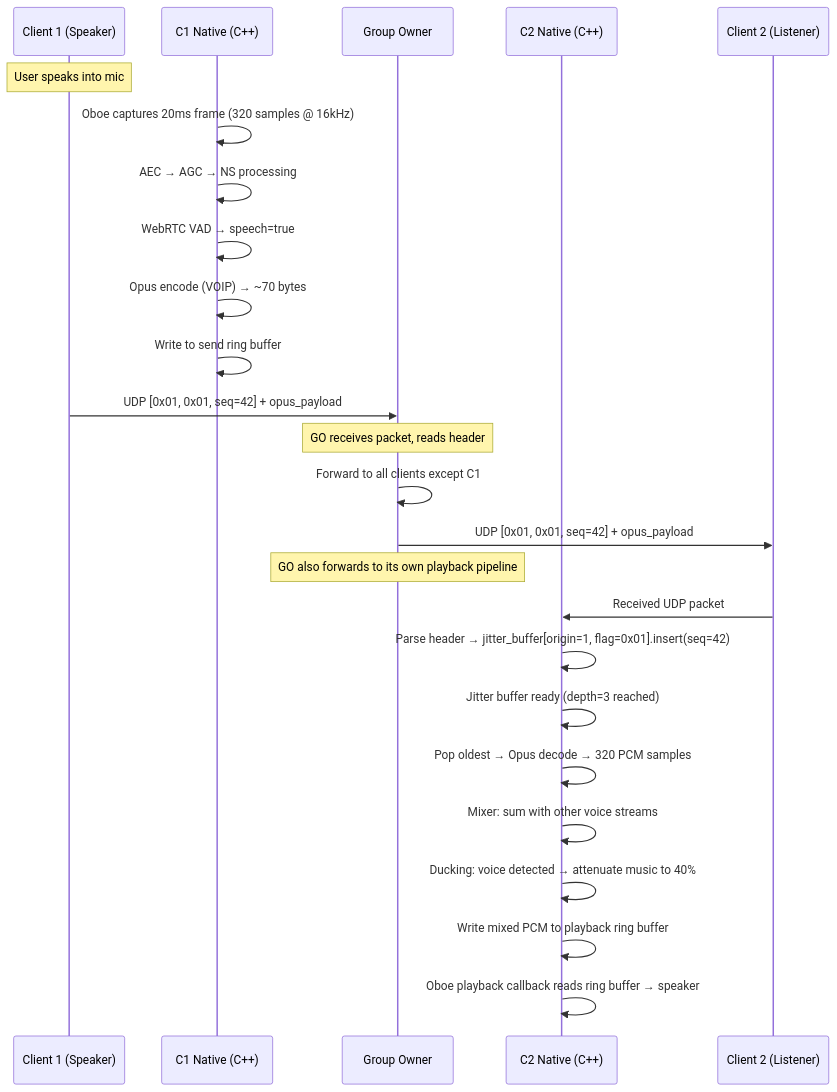
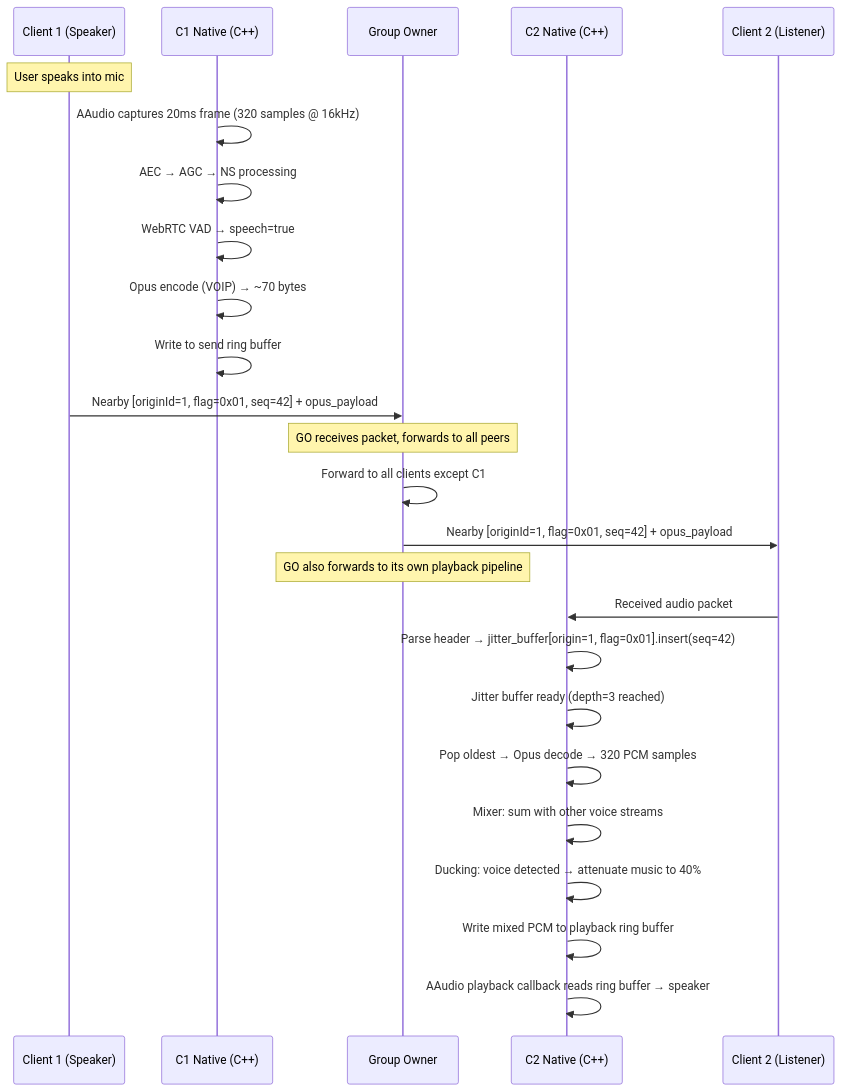
The seventh of 16 diagrams in docs/ImplementationGuidelines.md (WINDY-WINDWARD/PeerSync), drawn with Mermaid before and after one commit. The commit also changed other lines of this file and 19 other files, not shown here.

Commit message:
feat: implement pure Wi-Fi Direct socket architecture, auto-discovery, and QR code fast-join

````diff
--- a/docs/ImplementationGuidelines.md
+++ b/docs/ImplementationGuidelines.md
@@ -438,32 +453,32 @@
 ```mermaid
 sequenceDiagram
     participant C1 as Client 1 (Speaker)
     participant C1N as C1 Native (C++)
     participant GO as Group Owner
     participant C2N as C2 Native (C++)
     participant C2 as Client 2 (Listener)
 
     Note over C1: User speaks into mic
 
-    C1N->>C1N: Oboe captures 20ms frame (320 samples @ 16kHz)
+    C1N->>C1N: AAudio captures 20ms frame (320 samples @ 16kHz)
     C1N->>C1N: AEC → AGC → NS processing
     C1N->>C1N: WebRTC VAD → speech=true
     C1N->>C1N: Opus encode (VOIP) → ~70 bytes
     C1N->>C1N: Write to send ring buffer
 
-    C1->>GO: UDP [0x01, 0x01, seq=42] + opus_payload
-    Note over GO: GO receives packet, reads header
+    C1->>GO: Nearby [originId=1, flag=0x01, seq=42] + opus_payload
+    Note over GO: GO receives packet, forwards to all peers
 
     GO->>GO: Forward to all clients except C1
-    GO->>C2: UDP [0x01, 0x01, seq=42] + opus_payload
+    GO->>C2: Nearby [originId=1, flag=0x01, seq=42] + opus_payload
     Note over GO: GO also forwards to its own playback pipeline
 
-    C2->>C2N: Received UDP packet
+    C2->>C2N: Received audio packet
     C2N->>C2N: Parse header → jitter_buffer[origin=1, flag=0x01].insert(seq=42)
     C2N->>C2N: Jitter buffer ready (depth=3 reached)
     C2N->>C2N: Pop oldest → Opus decode → 320 PCM samples
     C2N->>C2N: Mixer: sum with other voice streams
     C2N->>C2N: Ducking: voice detected → attenuate music to 40%
     C2N->>C2N: Write mixed PCM to playback ring buffer
-    C2N->>C2N: Oboe playback callback reads ring buffer → speaker
+    C2N->>C2N: AAudio playback callback reads ring buffer → speaker
 ```
````
